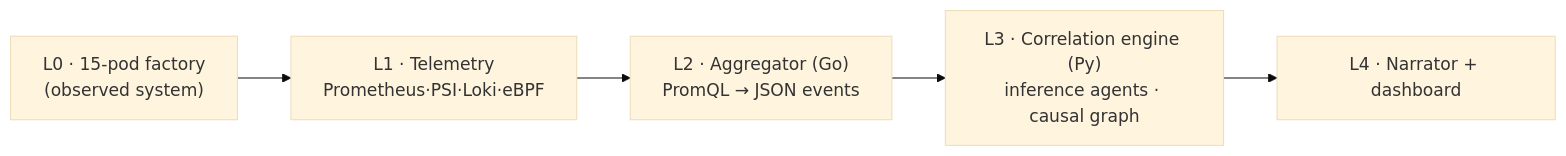
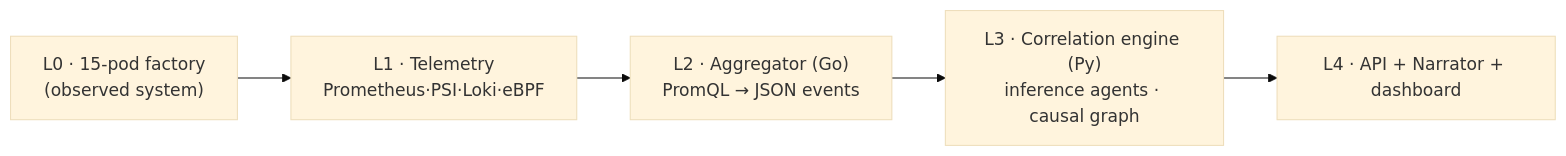
Before and after one commit to GreaseMonkeyIT/ABB_Accelerator_Proto: the diagram in README.md, drawn with Mermaid (base theme). The commit also changed other lines of this file and 17 other files, not shown here.

````diff
--- a/README.md
+++ b/README.md
@@ -79,9 +79,9 @@
 ```mermaid
 flowchart LR
   L0["L0 · 15-pod factory<br/>(observed system)"]
   L1["L1 · Telemetry<br/>Prometheus·PSI·Loki·eBPF"]
   L2["L2 · Aggregator (Go)<br/>PromQL → JSON events"]
   L3["L3 · Correlation engine (Py)<br/>inference agents · causal graph"]
-  L4["L4 · Narrator + dashboard"]
+  L4["L4 · API + Narrator + dashboard"]
   L0 --> L1 --> L2 --> L3 --> L4
 ```
````
